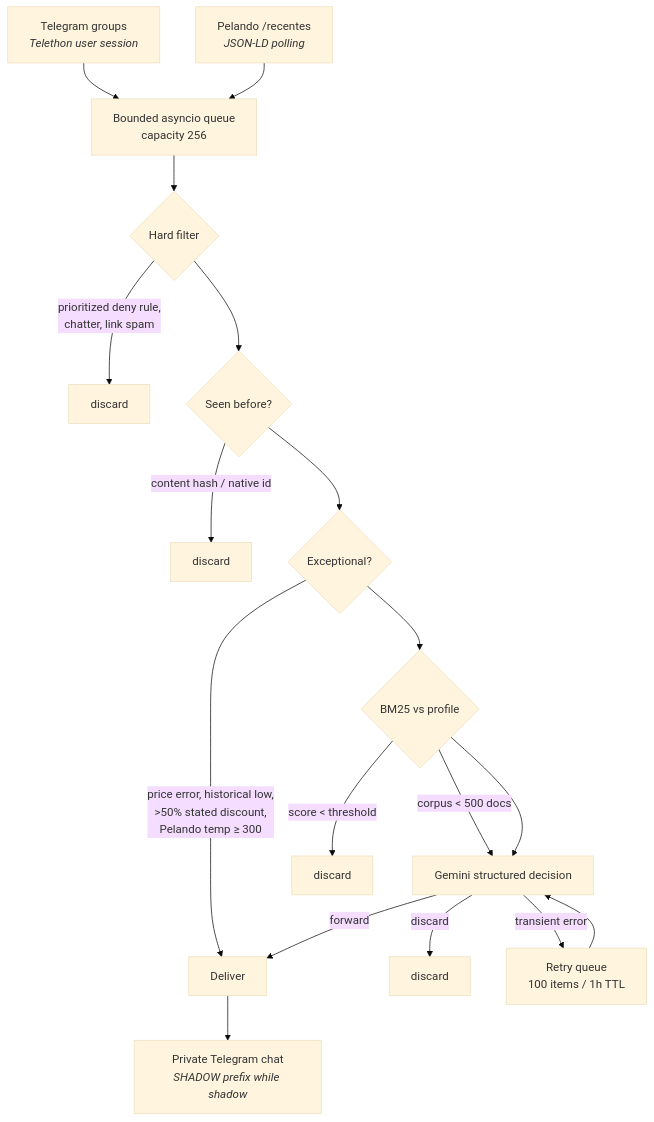
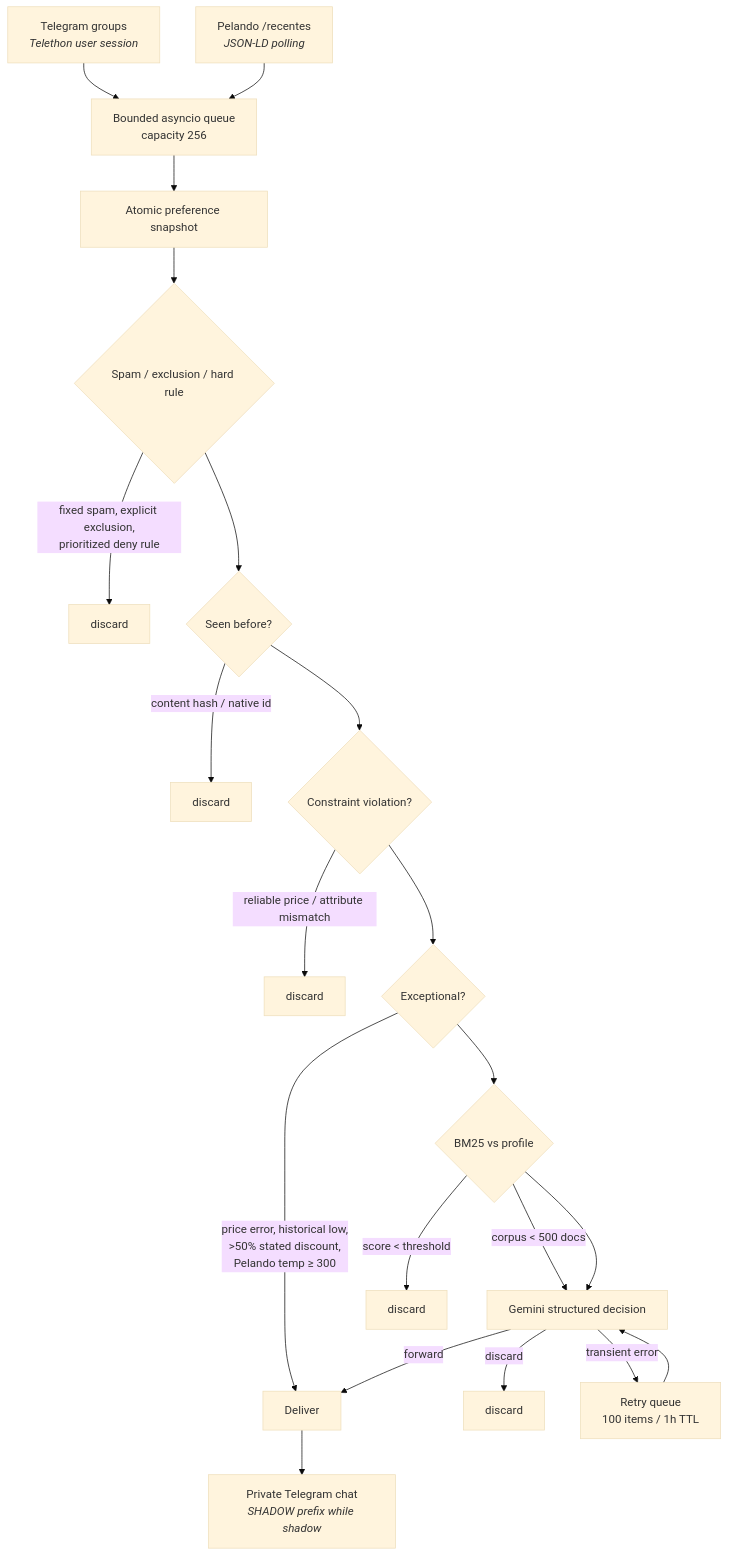
One commit to koobzaar/Sieve changed the diagram in README.md. Above: the diagram before and after it, drawn with Mermaid (base theme). The commit also changed other lines of this file and 26 other files, not shown here.

````diff
--- a/README.md
+++ b/README.md
@@ -52,26 +52,29 @@
 ```mermaid
 flowchart TD
     TG[Telegram groups<br/><i>Telethon user session</i>] --> Q
     PL[Pelando /recentes<br/><i>JSON-LD polling</i>] --> Q
     Q[Bounded asyncio queue<br/>capacity 256]
 
-    Q --> HF{Hard filter}
-    HF -->|prioritized deny rule,<br/>chatter, link spam| X1[discard]
+    Q --> PS[Atomic preference snapshot]
+    PS --> HF{Spam / exclusion / hard rule}
+    HF -->|fixed spam, explicit exclusion,<br/>prioritized deny rule| X1[discard]
     HF --> DD{Seen before?}
     DD -->|content hash / native id| X2[discard]
 
-    DD --> EX{Exceptional?}
+    DD --> PC{Constraint violation?}
+    PC -->|reliable price / attribute mismatch| X5[discard]
+    PC --> EX{Exceptional?}
     EX -->|price error, historical low,<br/>&gt;50% stated discount,<br/>Pelando temp &ge; 300| DEL[Deliver]
 
     EX --> BM{BM25 vs profile}
     BM -->|score &lt; threshold| X3[discard]
     BM -->|corpus &lt; 500 docs| LLM
     BM --> LLM[Gemini structured decision]
 
     LLM -->|forward| DEL
     LLM -->|discard| X4[discard]
     LLM -->|transient error| RQ[Retry queue<br/>100 items / 1h TTL]
     RQ --> LLM
 
     DEL --> OUT[Private Telegram chat<br/><i>SHADOW prefix while shadow</i>]
 ```
````
